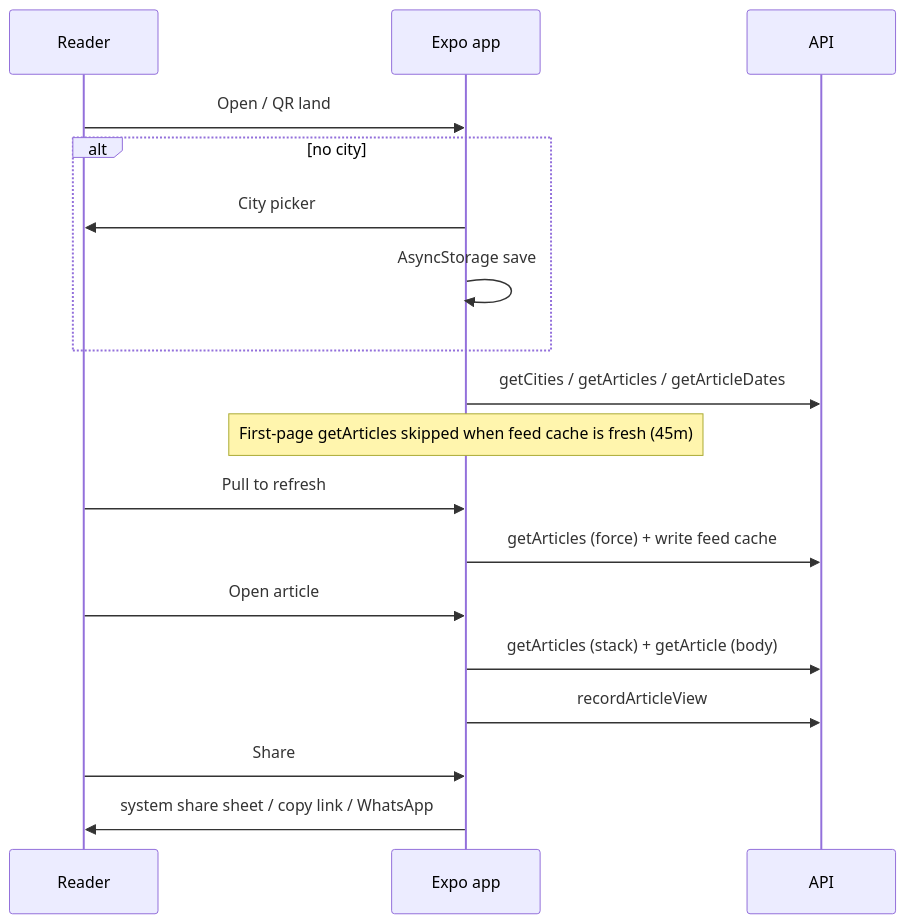
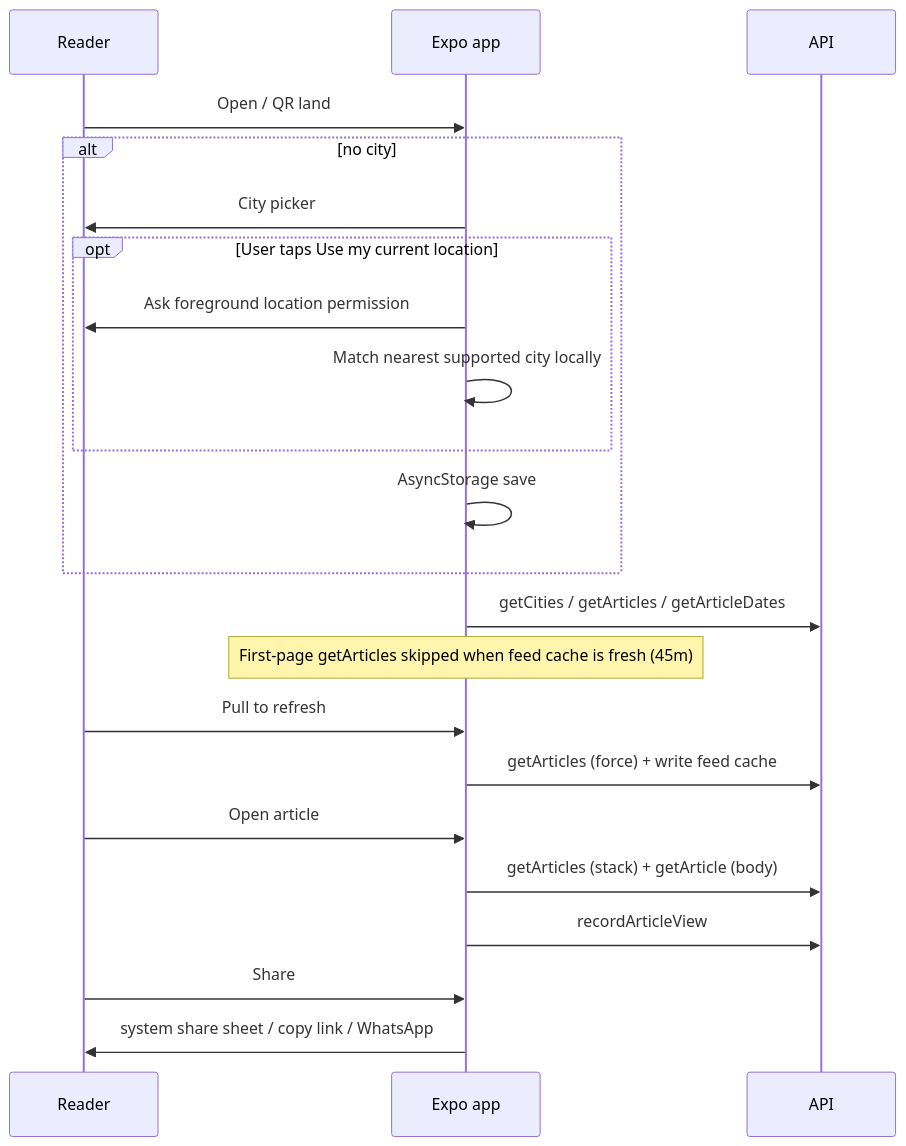
Before and after one commit to sshivanshg/TAZAkhabar: the second of 2 diagrams in docs/architecture/06-reader-app.md, drawn with Mermaid. The commit also changed other lines of this file and 27 other files, not shown here.

````diff
--- a/docs/architecture/06-reader-app.md
+++ b/docs/architecture/06-reader-app.md
@@ -104,20 +106,24 @@
 ```mermaid
 sequenceDiagram
   participant U as Reader
   participant App as Expo app
   participant API as API
   U->>App: Open / QR land
   alt no city
     App->>U: City picker
+    opt User taps Use my current location
+      App->>U: Ask foreground location permission
+      App->>App: Match nearest supported city locally
+    end
     App->>App: AsyncStorage save
   end
   App->>API: getCities / getArticles / getArticleDates
   Note over App: First-page getArticles skipped when feed cache is fresh (45m)
   U->>App: Pull to refresh
   App->>API: getArticles (force) + write feed cache
   U->>App: Open article
   App->>API: getArticles (stack) + getArticle (body)
   App->>API: recordArticleView
   U->>App: Share
   App->>U: system share sheet / copy link / WhatsApp
 ```
````
